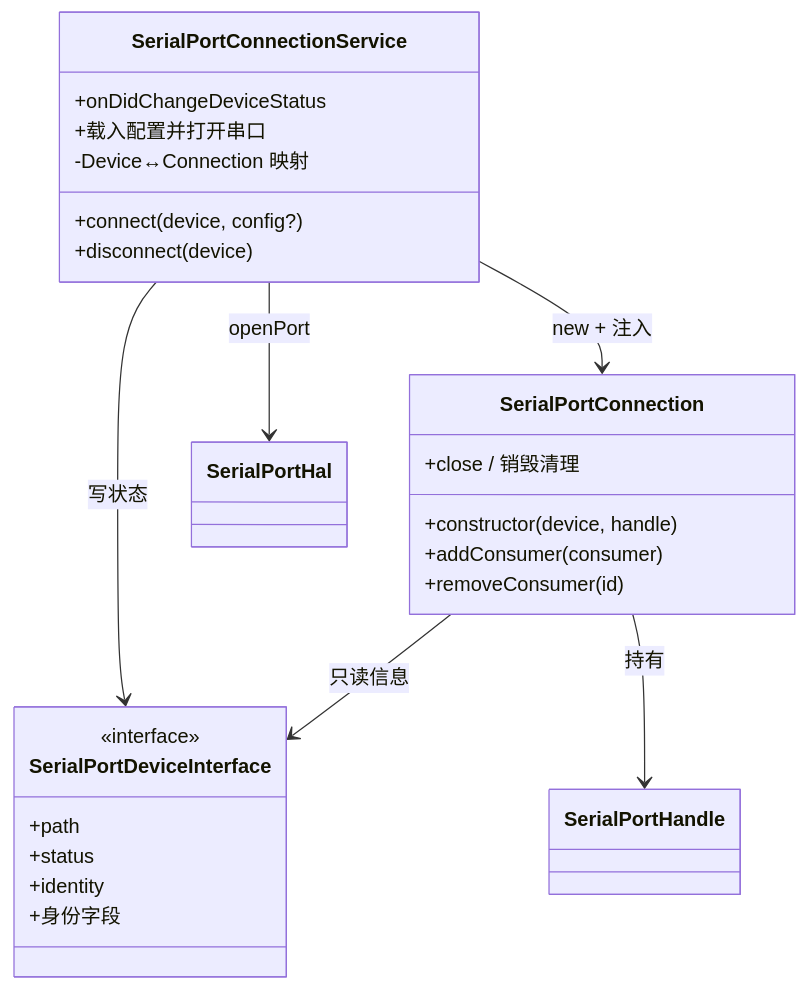
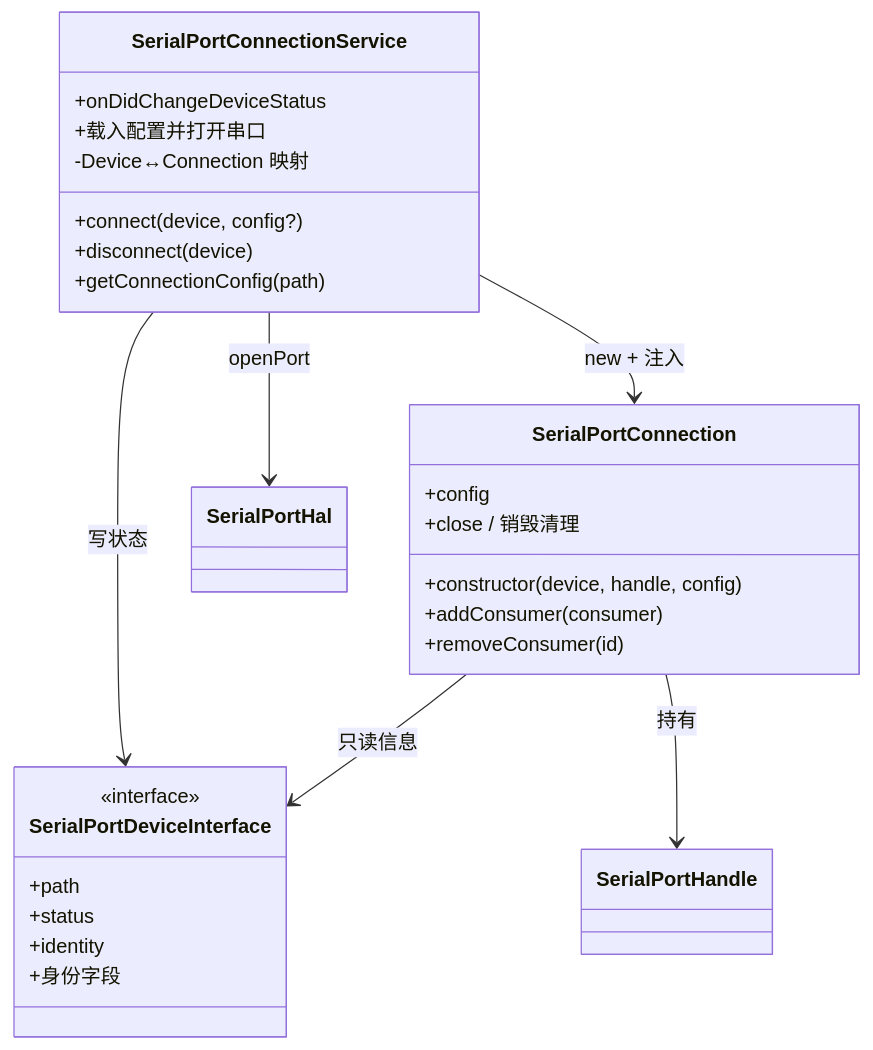
Before and after one commit to ziqiang-zhu/vscode-serial-port-terminal: the third of 3 diagrams in doc/SerialPortConnection设计.md, drawn with Mermaid. The commit also changed other lines of this file and 12 other files, not shown here.

````diff
--- a/doc/SerialPortConnection设计.md
+++ b/doc/SerialPortConnection设计.md
@@ -121,28 +122,30 @@
 ```mermaid
 classDiagram
     class SerialPortConnectionService {
         +connect(device, config?)
         +disconnect(device)
+        +getConnectionConfig(path)
         +onDidChangeDeviceStatus
         +载入配置并打开串口
         -Device↔Connection 映射
     }
     class SerialPortConnection {
-        +constructor(device, handle)
+        +constructor(device, handle, config)
+        +config
         +close / 销毁清理
         +addConsumer(consumer)
         +removeConsumer(id)
     }
     class SerialPortDeviceInterface {
         <<interface>>
         +path
         +status
         +identity
         +身份字段
     }
     SerialPortConnectionService --> SerialPortConnection : new + 注入
     SerialPortConnectionService --> SerialPortDeviceInterface : 写状态
     SerialPortConnection --> SerialPortDeviceInterface : 只读信息
     SerialPortConnectionService --> SerialPortHal : openPort
     SerialPortConnection --> SerialPortHandle : 持有
 ```
````
